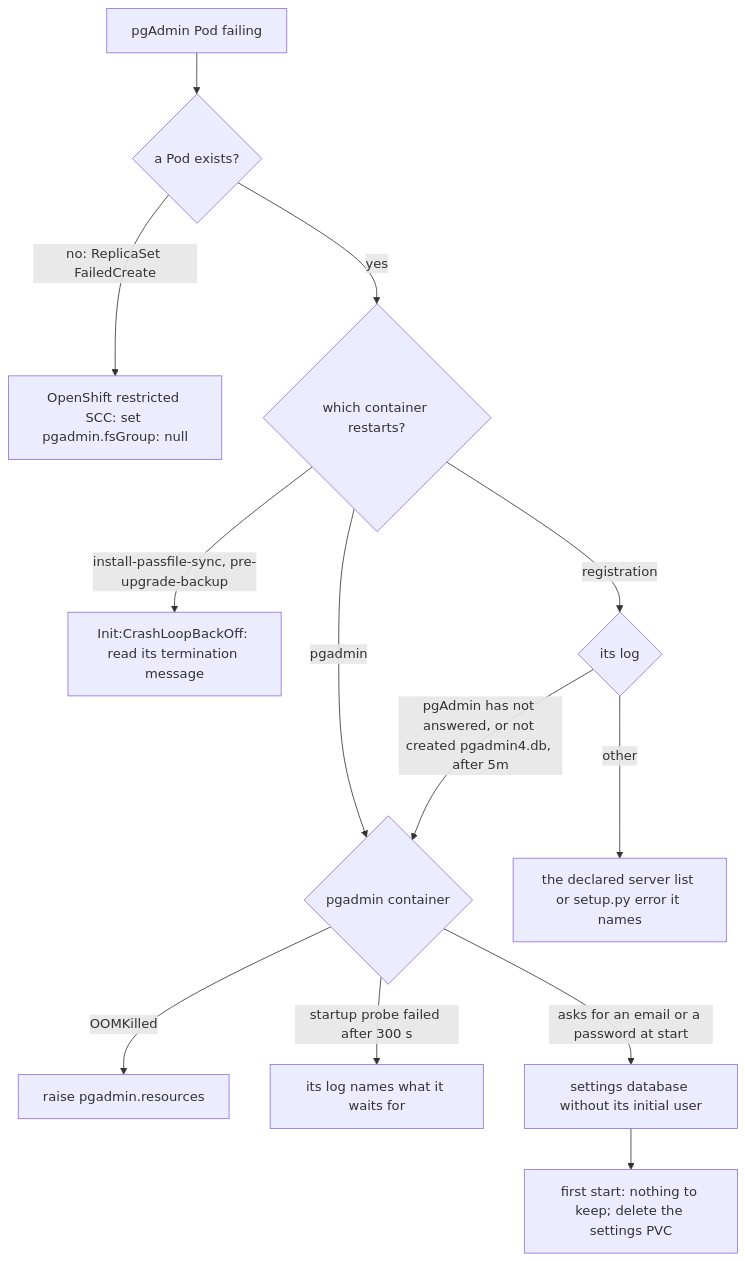
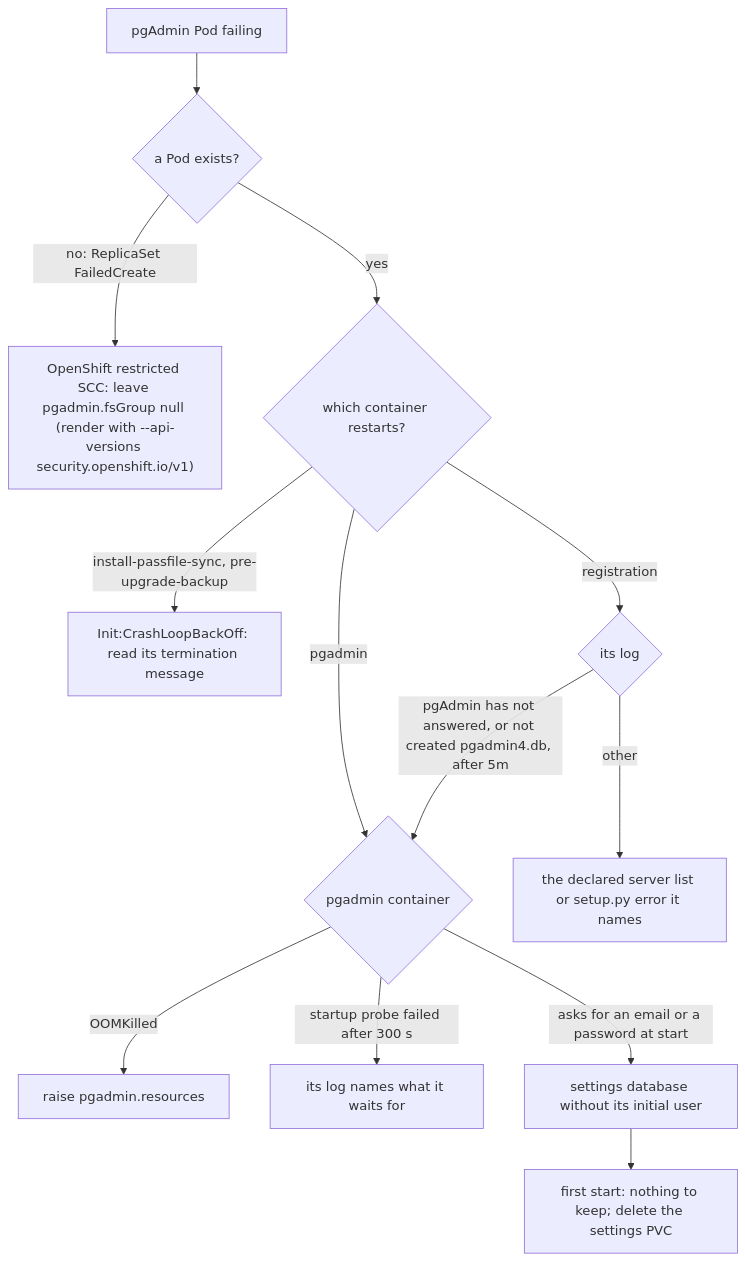
Before and after one commit to fyannk/pgToolBox: the fourth of 7 diagrams in docs/site/docs/guides/troubleshooting.md, drawn with Mermaid. The commit also changed 6 other files, not shown here.

First line of the commit message:
fix(pgtools): leave pgAdmin's fsGroup to OpenShift's SCC by default

````diff
--- a/docs/site/docs/guides/troubleshooting.md
+++ b/docs/site/docs/guides/troubleshooting.md
@@ -130,15 +130,15 @@
 ```mermaid
 flowchart TB
   start["pgAdmin Pod failing"] --> exists{"a Pod exists?"}
-  exists -->|"no: ReplicaSet FailedCreate"| scc["OpenShift restricted SCC: set pgadmin.fsGroup: null"]
+  exists -->|"no: ReplicaSet FailedCreate"| scc["OpenShift restricted SCC: leave pgadmin.fsGroup null (render with --api-versions security.openshift.io/v1)"]
   exists -->|yes| which{"which container restarts?"}
   which -->|"install-passfile-sync, pre-upgrade-backup"| init["Init:CrashLoopBackOff: read its termination message"]
   which -->|registration| reglog{"its log"}
   reglog -->|"pgAdmin has not answered, or not created pgadmin4.db, after 5m"| pg
   reglog -->|other| regerr["the declared server list or setup.py error it names"]
   which -->|pgadmin| pg{"pgadmin container"}
   pg -->|OOMKilled| mem["raise pgadmin.resources"]
   pg -->|"startup probe failed after 300 s"| plog["its log names what it waits for"]
   pg -->|"asks for an email or a password at start"| nouser["settings database without its initial user"]
   nouser --> fresh["first start: nothing to keep; delete the settings PVC"]
 ```
````
